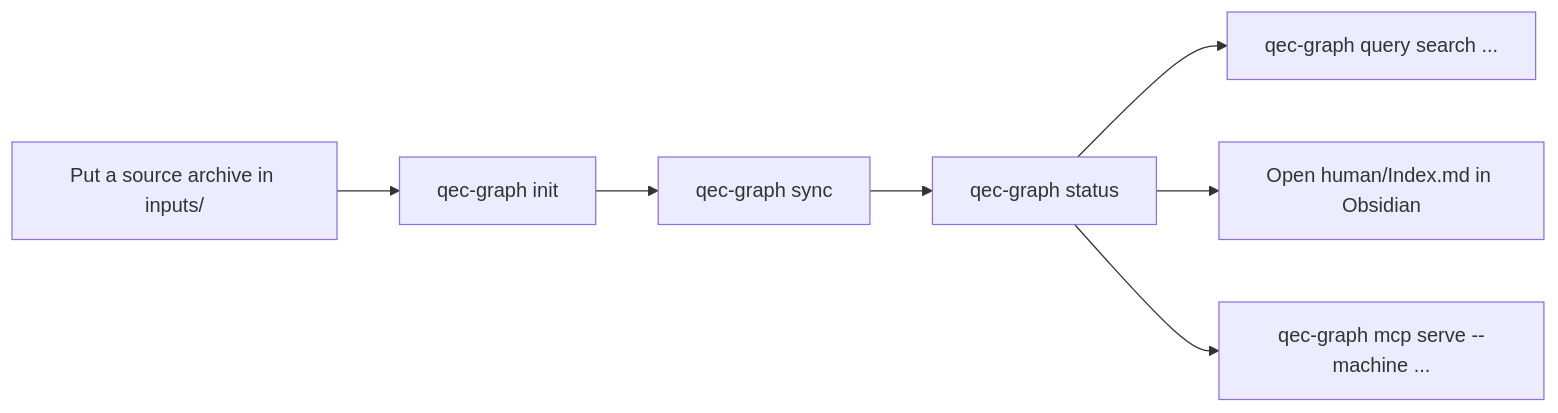
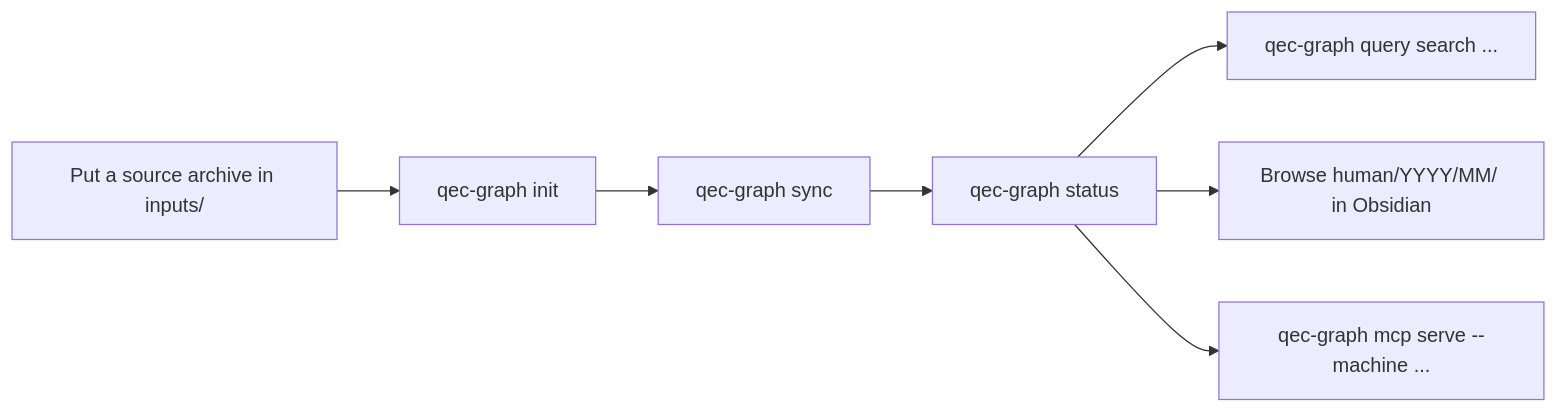
One commit to Guangqi-Phys/qec-graph changed the diagram in docs/user/README.md. Above: the diagram before and after it, drawn with Mermaid. The commit also changed 29 other files, not shown here.

Commit message:
feat(human): render one Obsidian thoughts note per paper

````diff
--- a/docs/user/README.md
+++ b/docs/user/README.md
@@ -41,9 +41,9 @@
 ```mermaid
 flowchart LR
     A[Put a source archive in inputs/] --> B[qec-graph init]
     B --> C[qec-graph sync]
     C --> D[qec-graph status]
     D --> E[qec-graph query search ...]
-    D --> F[Open human/Index.md in Obsidian]
+    D --> F[Browse human/YYYY/MM/ in Obsidian]
     D --> G[qec-graph mcp serve --machine ...]
 ```
````
